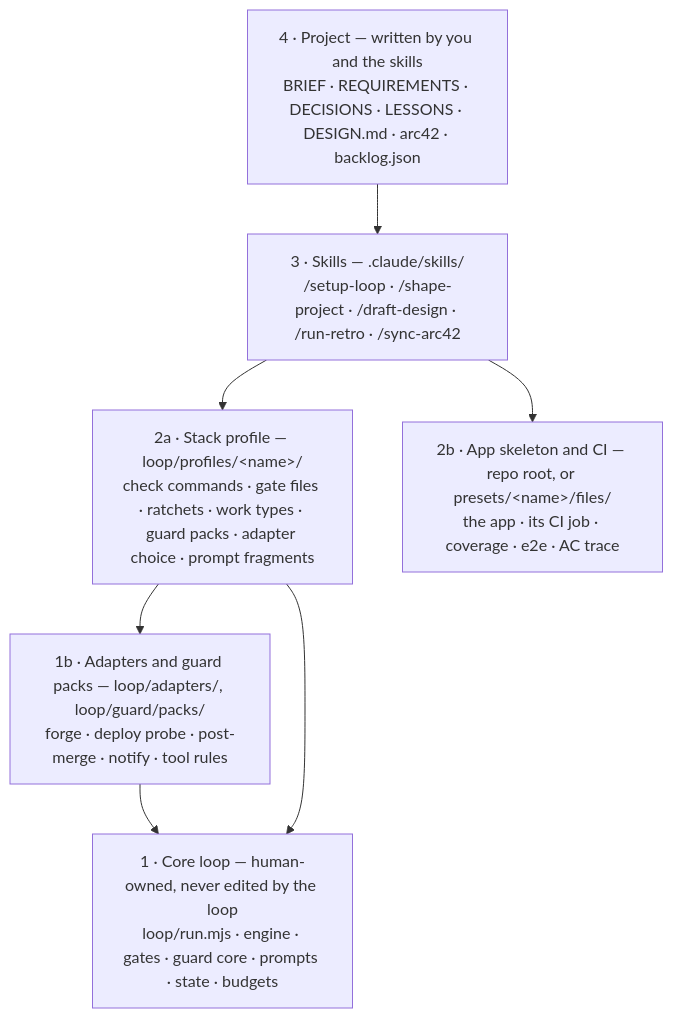
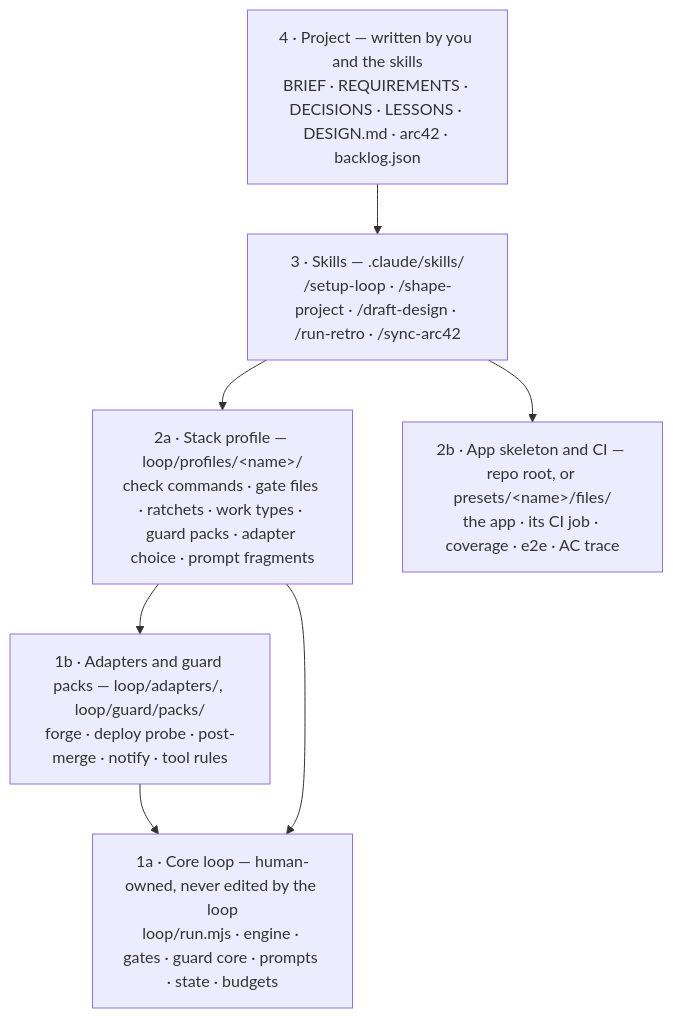
One commit to yungxramoz/real-gates changed the second of 2 diagrams in README.md. Above: the diagram before and after it, drawn with Mermaid. The commit also changed other lines of this file and 19 other files, not shown here.

First line of the commit message:
docs: remove the planning documents, number the architecture pages 1 to 7, tidy the README

````diff
--- a/README.md
+++ b/README.md
@@ -98,12 +99,12 @@
 ```mermaid
 flowchart TB
   L4["4 · Project — written by you and the skills<br/>BRIEF · REQUIREMENTS · DECISIONS · LESSONS · DESIGN.md · arc42 · backlog.json"]
   L3["3 · Skills — .claude/skills/<br/>/setup-loop · /shape-project · /draft-design · /run-retro · /sync-arc42"]
   L2a["2a · Stack profile — loop/profiles/&lt;name&gt;/<br/>check commands · gate files · ratchets · work types · guard packs · adapter choice · prompt fragments"]
   L2b["2b · App skeleton and CI — repo root, or presets/&lt;name&gt;/files/<br/>the app · its CI job · coverage · e2e · AC trace"]
   L1b["1b · Adapters and guard packs — loop/adapters/, loop/guard/packs/<br/>forge · deploy probe · post-merge · notify · tool rules"]
-  L1["1 · Core loop — human-owned, never edited by the loop<br/>loop/run.mjs · engine · gates · guard core · prompts · state · budgets"]
+  L1["1a · Core loop — human-owned, never edited by the loop<br/>loop/run.mjs · engine · gates · guard core · prompts · state · budgets"]
   L4 --> L3 --> L2a --> L1b --> L1
   L3 --> L2b
   L2a --> L1
 ```
````
